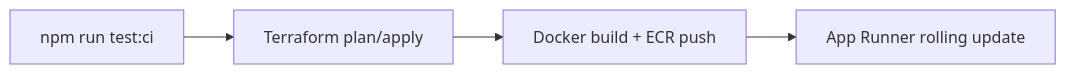
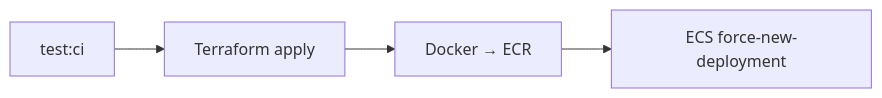
The second of 2 diagrams in docs/DEPLOYMENT.md (sergiolazer/VISOR_PROTECT_COMERCIAL), drawn with Mermaid before and after one commit. The commit also changed other lines of this file and 4 other files, not shown here.

First line of the commit message:
docs: alinear region sa-east-1 y stack ECS (sin App Runner/Virginia)

````diff
--- a/docs/DEPLOYMENT.md
+++ b/docs/DEPLOYMENT.md
@@ -85,6 +72,6 @@
 ```mermaid
 flowchart LR
-  A[npm run test:ci] --> B[Terraform plan/apply]
-  B --> C[Docker build + ECR push]
-  C --> D[App Runner rolling update]
+  A[test:ci] --> B[Terraform apply]
+  B --> C[Docker → ECR]
+  C --> D[ECS force-new-deployment]
 ```
````
